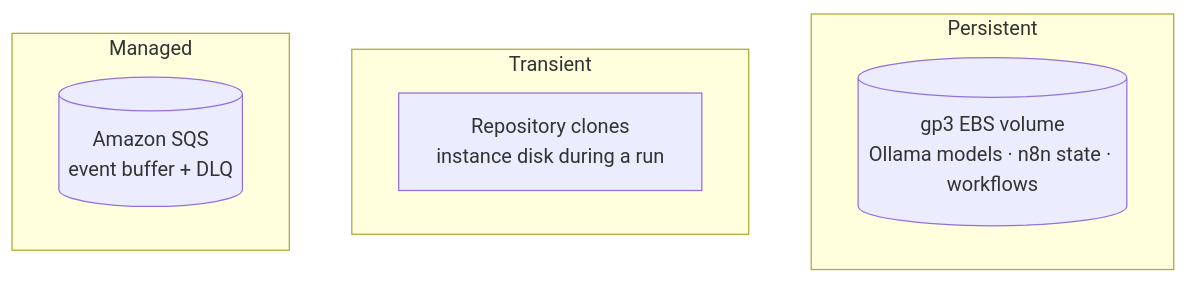
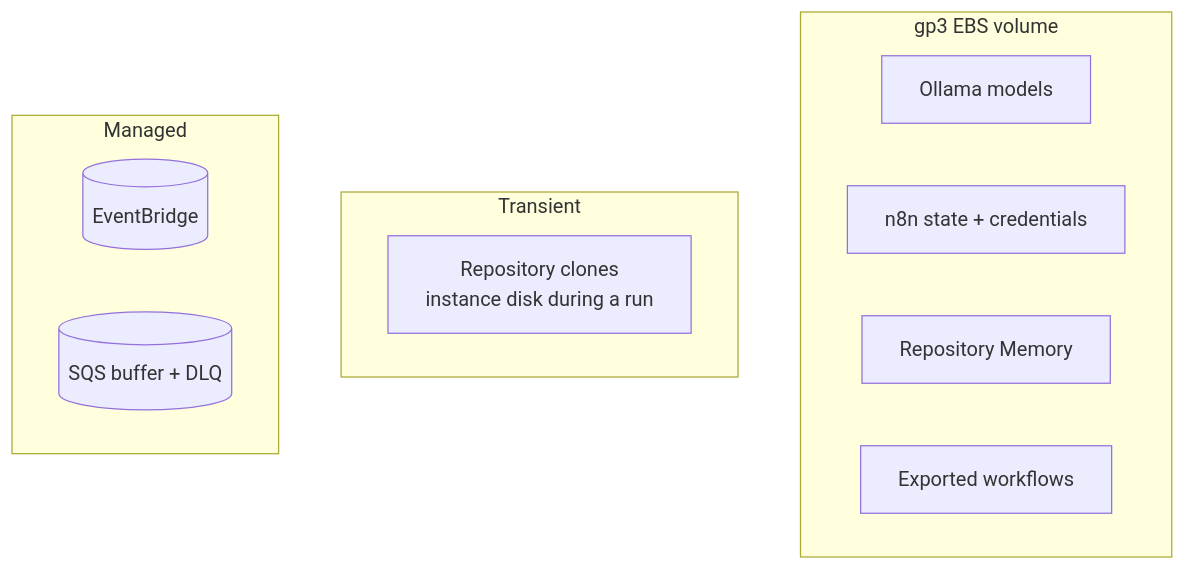
The seventh of 7 diagrams in docs/architecture.md (teddynted/ai-github-repository-blog-generator), drawn with Mermaid before and after one commit. The commit also changed other lines of this file and 12 other files, not shown here.

````diff
--- a/docs/architecture.md
+++ b/docs/architecture.md
@@ -222,12 +253,16 @@
 ```mermaid
 flowchart TB
-    subgraph Persistent
-        EBS[(gp3 EBS volume<br/>Ollama models · n8n state · workflows)]
+    subgraph Persistent["gp3 EBS volume"]
+        MODELS[Ollama models]
+        STATE[n8n state + credentials]
+        MEM[Repository Memory]
+        WF[Exported workflows]
     end
     subgraph Transient
         CLONE[Repository clones<br/>instance disk during a run]
     end
     subgraph Managed
-        SQS[(Amazon SQS<br/>event buffer + DLQ)]
+        EB[(EventBridge)]
+        SQS[(SQS buffer + DLQ)]
     end
 ```
````
